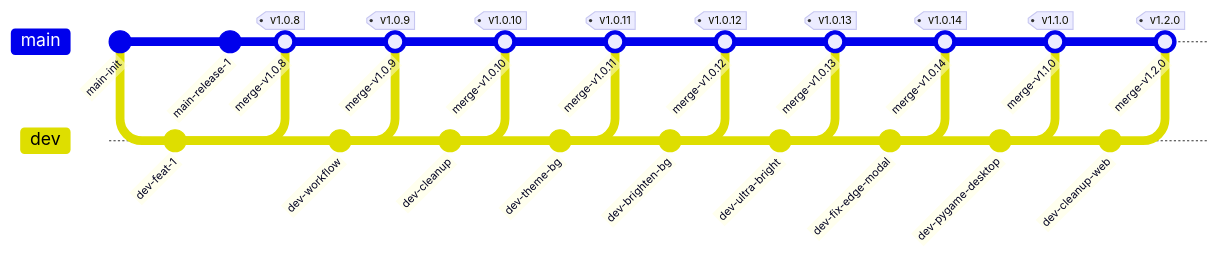
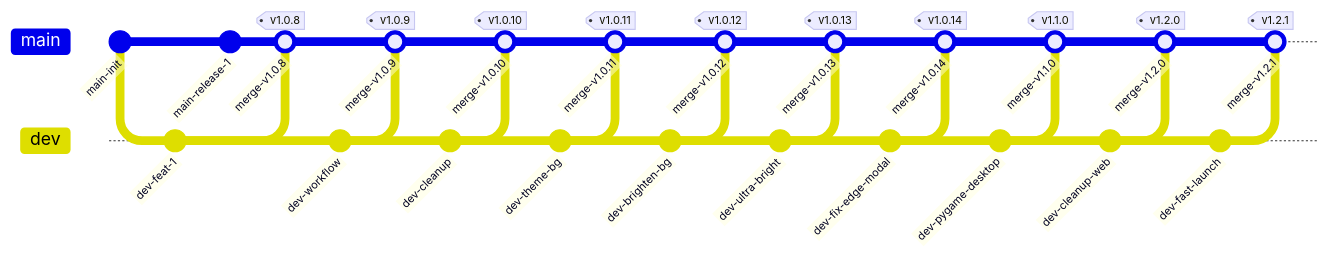
The first of 2 diagrams in OPERATIONS.md (6jbw6/Gomoku), drawn with Mermaid before and after one commit. The commit also changed other lines of this file and 4 other files, not shown here.

````diff
--- a/OPERATIONS.md
+++ b/OPERATIONS.md
@@ -381,42 +400,46 @@
 ```mermaid
 gitGraph
     commit id: "main-init"
     branch dev
     checkout dev
     commit id: "dev-feat-1"
     checkout main
     commit id: "main-release-1"
     merge dev id: "merge-v1.0.8" tag: "v1.0.8"
     checkout dev
     commit id: "dev-workflow"
     checkout main
     merge dev id: "merge-v1.0.9" tag: "v1.0.9"
     checkout dev
     commit id: "dev-cleanup"
     checkout main
     merge dev id: "merge-v1.0.10" tag: "v1.0.10"
     checkout dev
     commit id: "dev-theme-bg"
     checkout main
     merge dev id: "merge-v1.0.11" tag: "v1.0.11"
     checkout dev
     commit id: "dev-brighten-bg"
     checkout main
     merge dev id: "merge-v1.0.12" tag: "v1.0.12"
     checkout dev
     commit id: "dev-ultra-bright"
     checkout main
     merge dev id: "merge-v1.0.13" tag: "v1.0.13"
     checkout dev
     commit id: "dev-fix-edge-modal"
     checkout main
     merge dev id: "merge-v1.0.14" tag: "v1.0.14"
     checkout dev
     commit id: "dev-pygame-desktop"
     checkout main
     merge dev id: "merge-v1.1.0" tag: "v1.1.0"
     checkout dev
     commit id: "dev-cleanup-web"
     checkout main
     merge dev id: "merge-v1.2.0" tag: "v1.2.0"
+    checkout dev
+    commit id: "dev-fast-launch"
+    checkout main
+    merge dev id: "merge-v1.2.1" tag: "v1.2.1"
 ```
````
